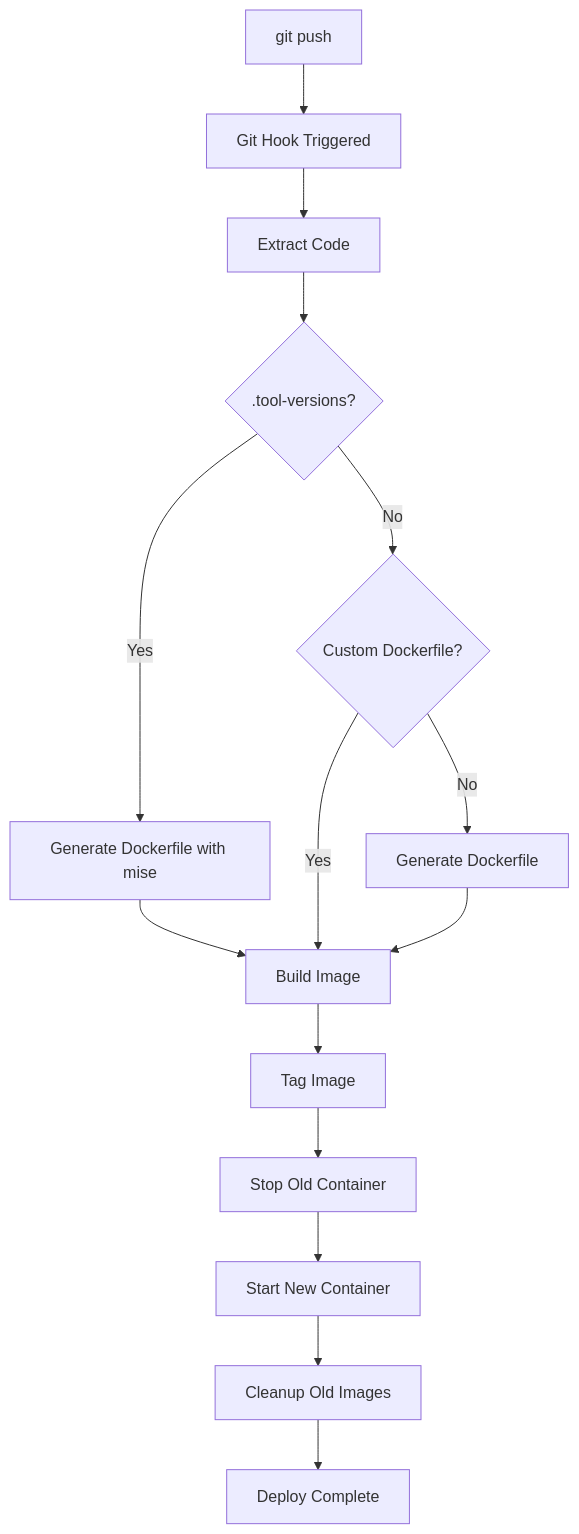
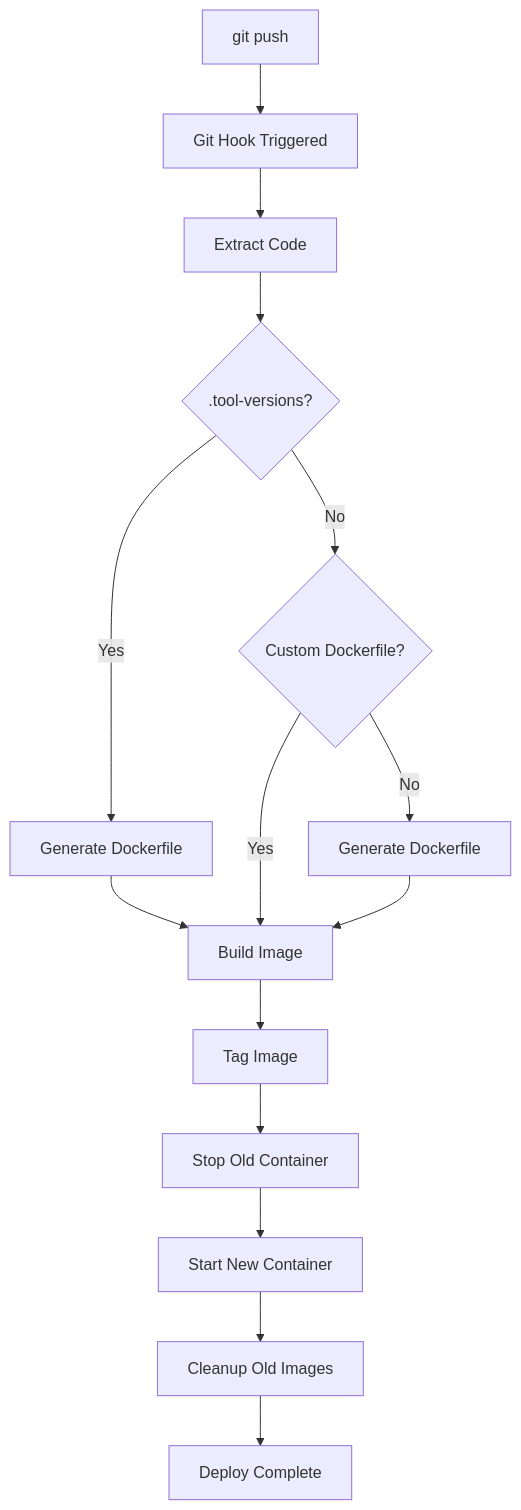
Before and after one commit to thadeu/gokku: the second of 2 diagrams in docs/guide/deployment.md, drawn with Mermaid. The commit also changed other lines of this file and 55 other files, not shown here.

````diff
--- a/docs/guide/deployment.md
+++ b/docs/guide/deployment.md
@@ -99,17 +99,17 @@
 ```mermaid
 graph TD
     A[git push] --> B[Git Hook Triggered]
     B --> C[Extract Code]
     C --> D{.tool-versions?}
-    D -->|Yes| E[Generate Dockerfile with mise]
+    D -->|Yes| E[Generate Dockerfile]
     D -->|No| F{Custom Dockerfile?}
     E --> G[Build Image]
     F -->|Yes| G
     F -->|No| H[Generate Dockerfile]
     H --> G
     G --> I[Tag Image]
     I --> J[Stop Old Container]
     J --> K[Start New Container]
     K --> L[Cleanup Old Images]
     L --> M[Deploy Complete]
 ```
````
